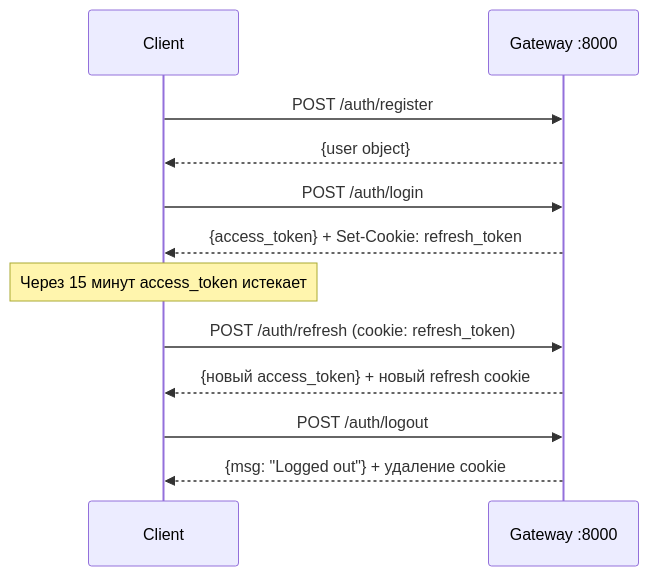
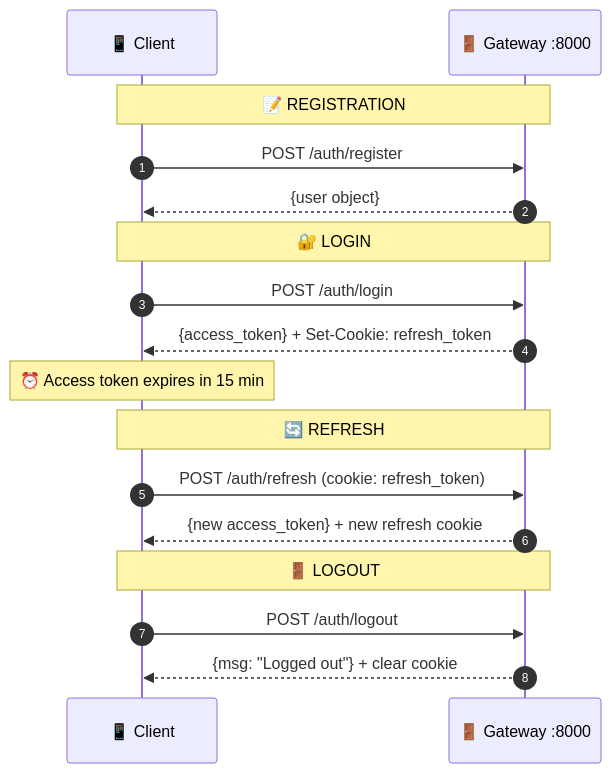
The diagram in docs/api/auth.md (Alekcey5977/smart-budget-backend), drawn with Mermaid before and after one commit. The commit also changed 10 other files, not shown here.

````diff
--- a/docs/api/auth.md
+++ b/docs/api/auth.md
@@ -7,19 +7,24 @@
 ```mermaid
 sequenceDiagram
-    participant Client
-    participant GW as Gateway :8000
+    autonumber
+    participant Client as 📱 Client
+    participant GW as 🚪 Gateway :8000
 
+    Note over Client,GW: 📝 REGISTRATION
     Client->>GW: POST /auth/register
     GW-->>Client: {user object}
 
+    Note over Client,GW: 🔐 LOGIN
     Client->>GW: POST /auth/login
     GW-->>Client: {access_token} + Set-Cookie: refresh_token
 
-    Note over Client: Через 15 минут access_token истекает
+    Note over Client: ⏰ Access token expires in 15 min
 
+    Note over Client,GW: 🔄 REFRESH
     Client->>GW: POST /auth/refresh (cookie: refresh_token)
-    GW-->>Client: {новый access_token} + новый refresh cookie
+    GW-->>Client: {new access_token} + new refresh cookie
 
+    Note over Client,GW: 🚪 LOGOUT
     Client->>GW: POST /auth/logout
-    GW-->>Client: {msg: "Logged out"} + удаление cookie
+    GW-->>Client: {msg: "Logged out"} + clear cookie
 ```
````
